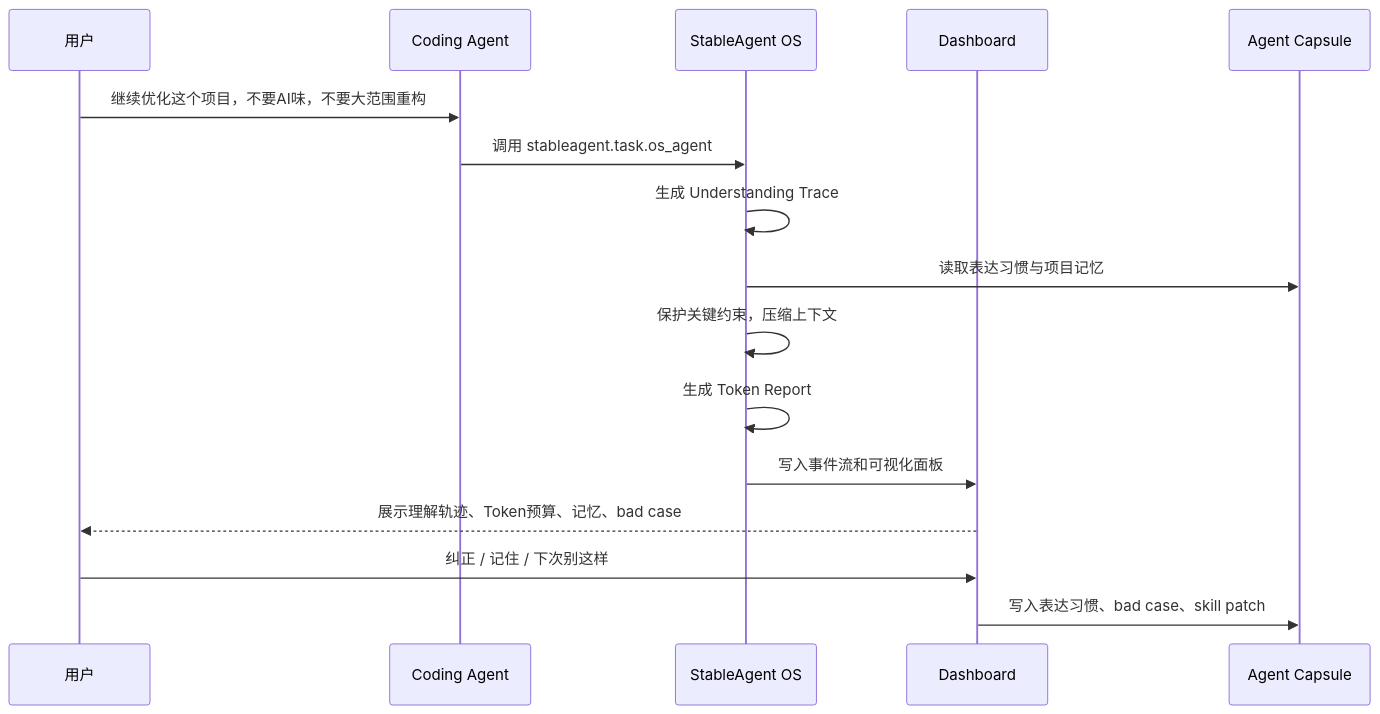
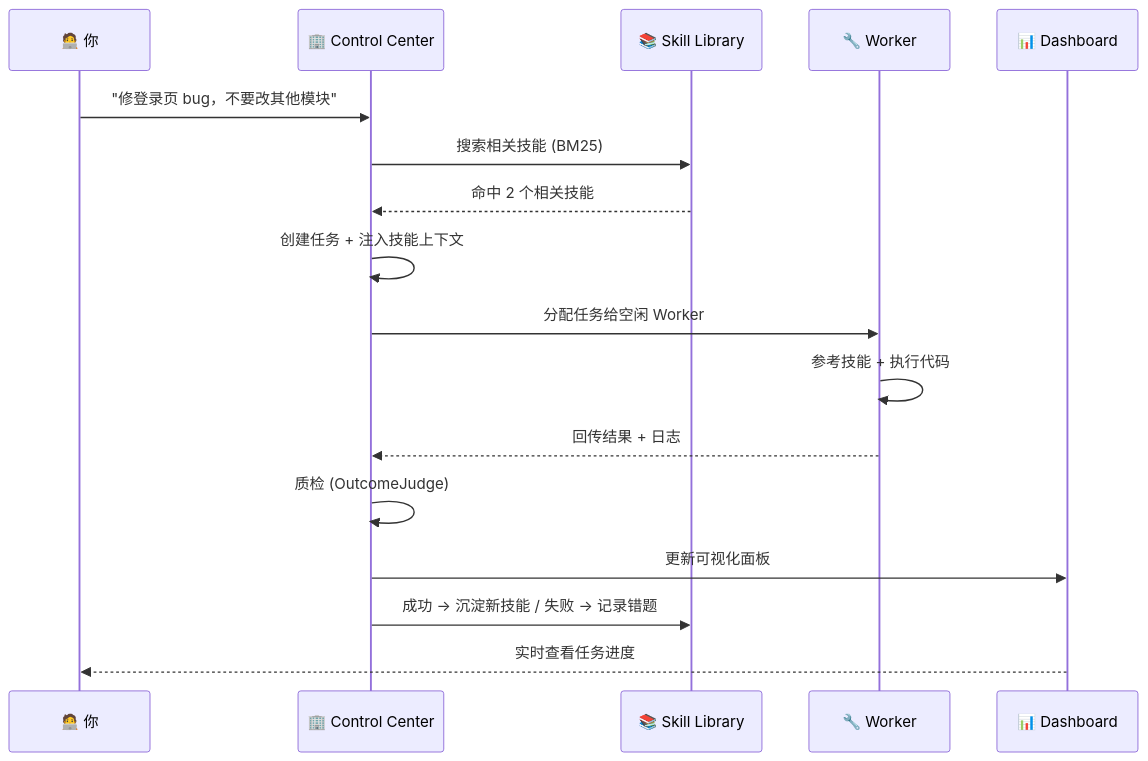
The fourth of 7 diagrams in README.md (liuanye9-lab/OS-agent-slim), drawn with Mermaid before and after one commit. The commit also changed other lines of this file, not shown here.

````diff
--- a/README.md
+++ b/README.md
@@ -235,19 +176,20 @@
 ```mermaid
 sequenceDiagram
-    participant U as 用户
-    participant C as Coding Agent
-    participant S as StableAgent OS
-    participant D as Dashboard
-    participant P as Agent Capsule
+    participant 你 as 🧑‍💻 你
+    participant CC as 🏢 Control Center
+    participant SK as 📚 Skill Library
+    participant W as 🔧 Worker
+    participant D as 📊 Dashboard
 
-    U->>C: 继续优化这个项目，不要AI味，不要大范围重构
-    C->>S: 调用 stableagent.task.os_agent
-    S->>S: 生成 Understanding Trace
-    S->>P: 读取表达习惯与项目记忆
-    S->>S: 保护关键约束，压缩上下文
-    S->>S: 生成 Token Report
-    S->>D: 写入事件流和可视化面板
-    D-->>U: 展示理解轨迹、Token预算、记忆、bad case
-    U->>D: 纠正 / 记住 / 下次别这样
-    D->>P: 写入表达习惯、bad case、skill patch
+    你->>CC: "修登录页 bug，不要改其他模块"
+    CC->>SK: 搜索相关技能 (BM25)
+    SK-->>CC: 命中 2 个相关技能
+    CC->>CC: 创建任务 + 注入技能上下文
+    CC->>W: 分配任务给空闲 Worker
+    W->>W: 参考技能 + 执行代码
+    W-->>CC: 回传结果 + 日志
+    CC->>CC: 质检 (OutcomeJudge)
+    CC->>D: 更新可视化面板
+    CC->>SK: 成功 → 沉淀新技能 / 失败 → 记录错题
+    D-->>你: 实时查看任务进度
 ```
````
